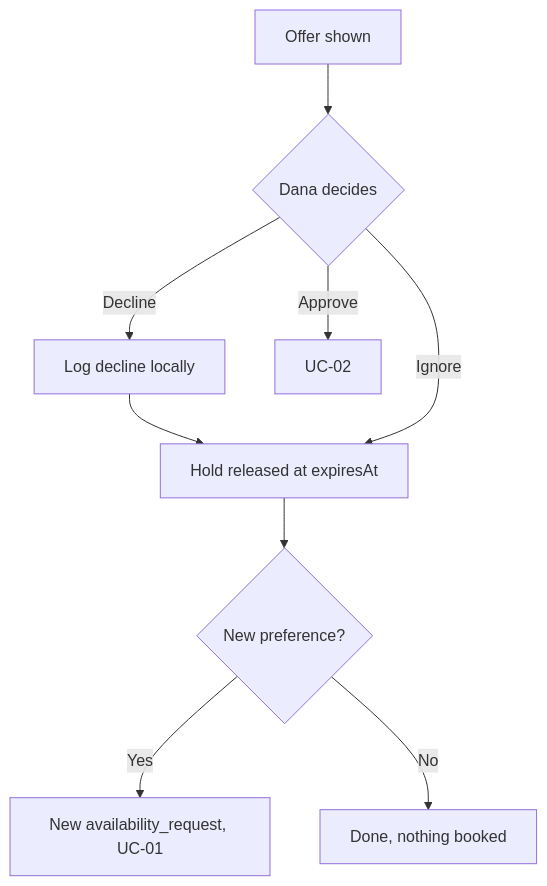
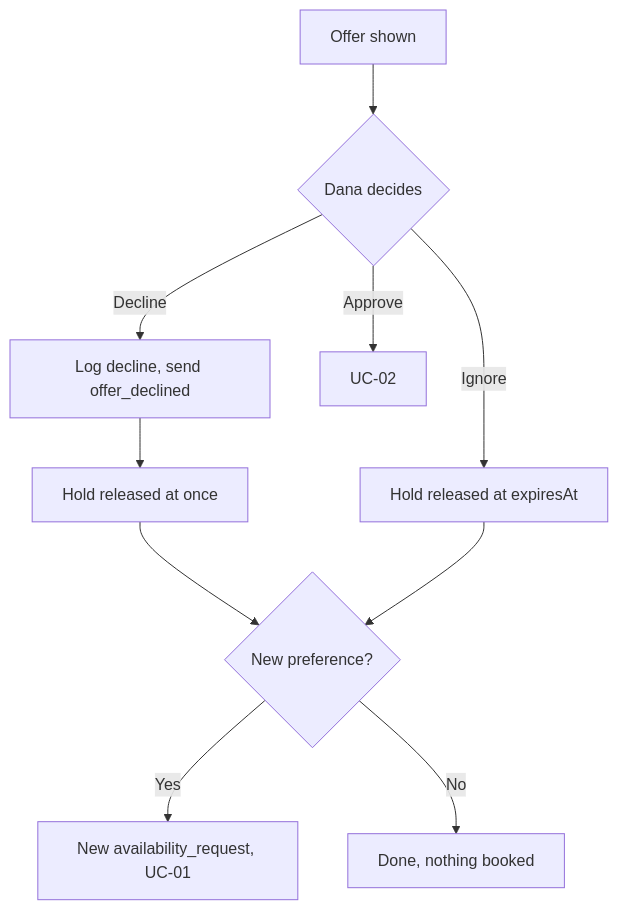
The third of 4 diagrams in docs/sad/06-use-cases.md (Jannisar01/hitchpost), drawn with Mermaid before and after one commit. The commit also changed other lines of this file and 21 other files, not shown here.

````diff
--- a/docs/sad/06-use-cases.md
+++ b/docs/sad/06-use-cases.md
@@ -151,11 +172,12 @@
 ```mermaid
 flowchart TD
     A[Offer shown] --> B{Dana decides}
-    B -->|Decline| C[Log decline locally]
-    C --> D[Hold released at expiresAt]
-    D --> E{New preference?}
+    B -->|Decline| C[Log decline, send offer_declined]
+    C --> D1[Hold released at once]
+    B -->|Ignore| D2[Hold released at expiresAt]
+    D1 --> E{New preference?}
+    D2 --> E
     E -->|Yes| F[New availability_request, UC-01]
     E -->|No| G[Done, nothing booked]
-    B -->|Ignore| D
     B -->|Approve| I[UC-02]
 ```
````
